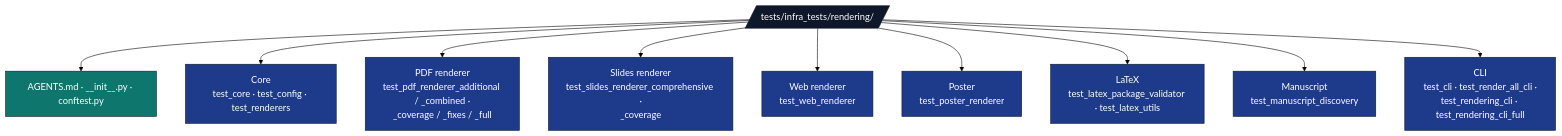
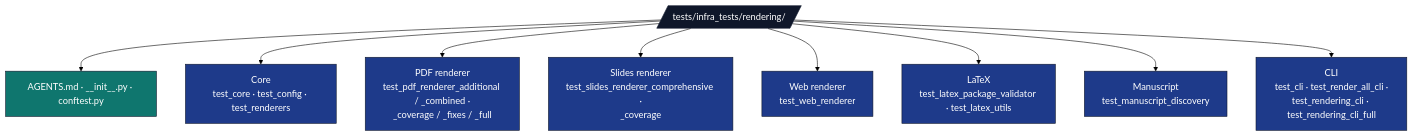
The diagram in tests/infra_tests/rendering/AGENTS.md (docxology/template), drawn with Mermaid (forest theme) before and after one commit. The commit also changed other lines of this file and 40 other files, not shown here.

First line of the commit message:
refactor: close thermo-nuclear remediation (poster, CLI, test splits, AGENTS stubs)

````diff
--- a/tests/infra_tests/rendering/AGENTS.md
+++ b/tests/infra_tests/rendering/AGENTS.md
@@ -9,20 +9,19 @@
 ```mermaid
 flowchart TB
     T[/tests/infra_tests/rendering//]
     T --> META[AGENTS.md · __init__.py · conftest.py]
     T --> CORE[Core<br/>test_core · test_config · test_renderers]
     T --> PDF[PDF renderer<br/>test_pdf_renderer_additional / _combined ·<br/>_coverage / _fixes / _full]
     T --> SLIDES[Slides renderer<br/>test_slides_renderer_comprehensive ·<br/>_coverage]
     T --> WEB[Web renderer<br/>test_web_renderer]
-    T --> POSTER[Poster<br/>test_poster_renderer]
     T --> LATEX[LaTeX<br/>test_latex_package_validator · test_latex_utils]
     T --> MAN[Manuscript<br/>test_manuscript_discovery]
     T --> CLI[CLI<br/>test_cli · test_render_all_cli ·<br/>test_rendering_cli · test_rendering_cli_full]
 
     classDef d fill:#0f172a,stroke:#0f172a,color:#fff
     classDef cat fill:#1e3a8a,stroke:#0f172a,color:#fff
     classDef doc fill:#0f766e,stroke:#0f172a,color:#fff
     class T d
-    class CORE,PDF,SLIDES,WEB,POSTER,LATEX,MAN,CLI cat
+    class CORE,PDF,SLIDES,WEB,LATEX,MAN,CLI cat
     class META doc
 ```
````
